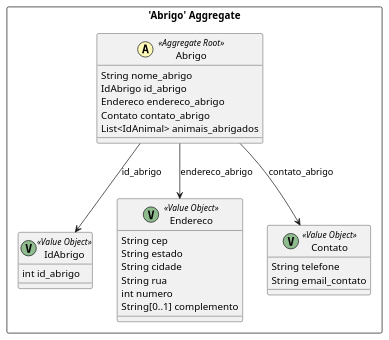
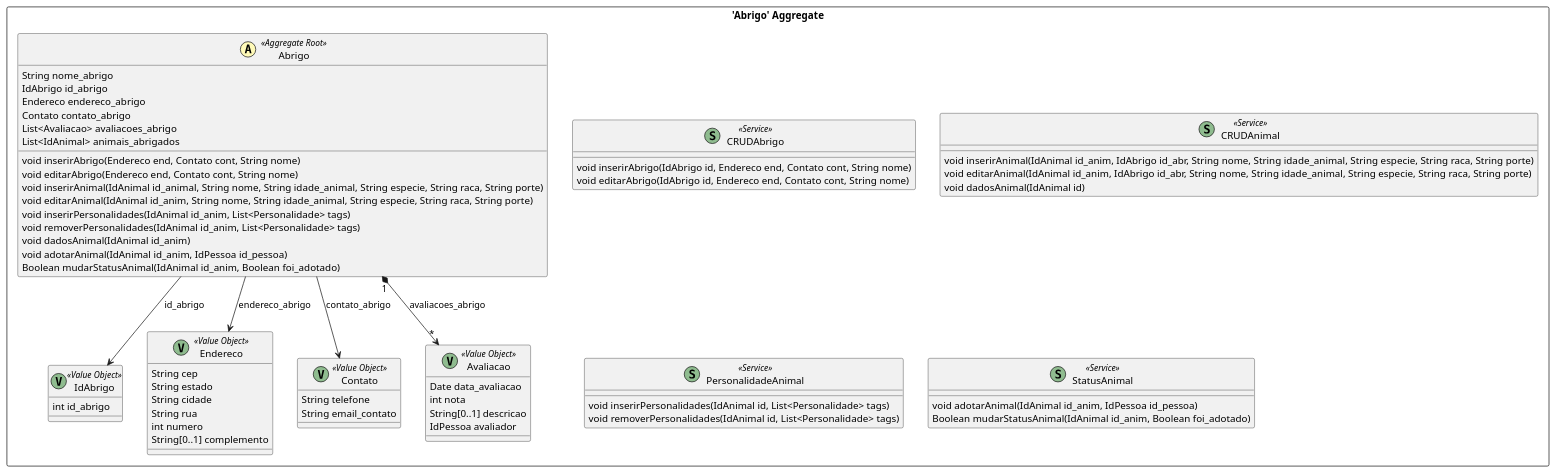
The diagram in mapaContexto/mapaContexto/src-gen/mapaContexto_BC_Adocao_Abrigo.puml (Gabriel-Chaves0/Projeto-Requisitos), drawn with PlantUML before and after one commit. The commit also changed 25 other files, not shown here.

Commit message:
Add: historias de achar um animal e gestao do abrigo

```diff
--- a/mapaContexto/mapaContexto/src-gen/mapaContexto_BC_Adocao_Abrigo.puml
+++ b/mapaContexto/mapaContexto/src-gen/mapaContexto_BC_Adocao_Abrigo.puml
@@ -1,34 +1,68 @@
 @startuml
 
 skinparam componentStyle uml2
 
 package "'Abrigo' Aggregate" <<Rectangle>> {
 	class Abrigo <<(A,#fffab8) Aggregate Root>> {
 		String nome_abrigo
 		IdAbrigo id_abrigo
 		Endereco endereco_abrigo
 		Contato contato_abrigo
+		List<Avaliacao> avaliacoes_abrigo
 		List<IdAnimal> animais_abrigados
+		void inserirAbrigo(Endereco end, Contato cont, String nome)
+		void editarAbrigo(Endereco end, Contato cont, String nome)
+		void inserirAnimal(IdAnimal id_animal, String nome, String idade_animal, String especie, String raca, String porte)
+		void editarAnimal(IdAnimal id_anim, String nome, String idade_animal, String especie, String raca, String porte)
+		void inserirPersonalidades(IdAnimal id_anim, List<Personalidade> tags)
+		void removerPersonalidades(IdAnimal id_anim, List<Personalidade> tags)
+		void dadosAnimal(IdAnimal id_anim)
+		void adotarAnimal(IdAnimal id_anim, IdPessoa id_pessoa)
+		Boolean mudarStatusAnimal(IdAnimal id_anim, Boolean foi_adotado)
 	}
 	class IdAbrigo <<(V,DarkSeaGreen) Value Object>> {
 		int id_abrigo
 	}
 	class Endereco <<(V,DarkSeaGreen) Value Object>> {
 		String cep
 		String estado
 		String cidade
 		String rua
 		int numero
 		String[0..1] complemento
 	}
 	class Contato <<(V,DarkSeaGreen) Value Object>> {
 		String telefone
 		String email_contato
 	}
+	class Avaliacao <<(V,DarkSeaGreen) Value Object>> {
+		Date data_avaliacao
+		int nota
+		String[0..1] descricao
+		IdPessoa avaliador
+	}
+	class CRUDAbrigo <<(S,DarkSeaGreen) Service>> {
+		void inserirAbrigo(IdAbrigo id, Endereco end, Contato cont, String nome)
+		void editarAbrigo(IdAbrigo id, Endereco end, Contato cont, String nome)
+	}
+	class CRUDAnimal <<(S,DarkSeaGreen) Service>> {
+		void inserirAnimal(IdAnimal id_anim, IdAbrigo id_abr, String nome, String idade_animal, String especie, String raca, String porte)
+		void editarAnimal(IdAnimal id_anim, IdAbrigo id_abr, String nome, String idade_animal, String especie, String raca, String porte)
+		void dadosAnimal(IdAnimal id)
+	}
+	class PersonalidadeAnimal <<(S,DarkSeaGreen) Service>> {
+		void inserirPersonalidades(IdAnimal id, List<Personalidade> tags)
+		void removerPersonalidades(IdAnimal id, List<Personalidade> tags)
+	}
+	class StatusAnimal <<(S,DarkSeaGreen) Service>> {
+		void adotarAnimal(IdAnimal id_anim, IdPessoa id_pessoa)
+		Boolean mudarStatusAnimal(IdAnimal id_anim, Boolean foi_adotado)
+	}
 }
 Abrigo --> IdAbrigo : id_abrigo
 Abrigo --> Endereco : endereco_abrigo
 Abrigo --> Contato : contato_abrigo
+Abrigo "1" *--> "*" Avaliacao : avaliacoes_abrigo
 
 
 @enduml
```
